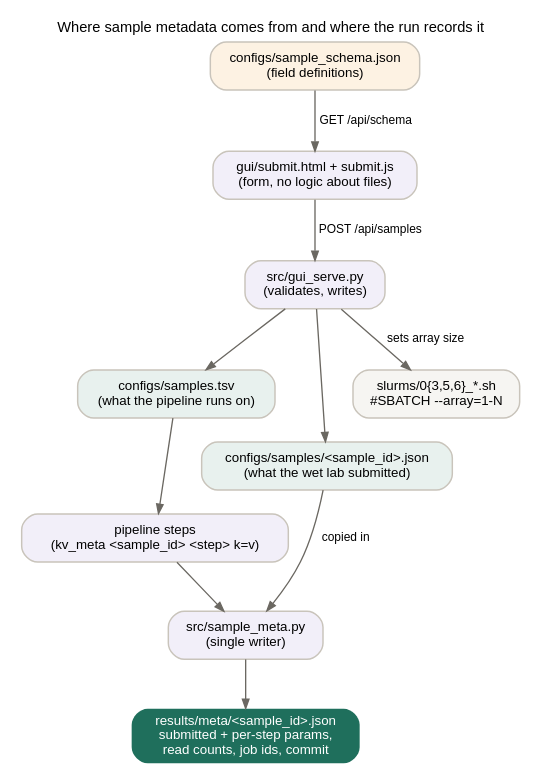
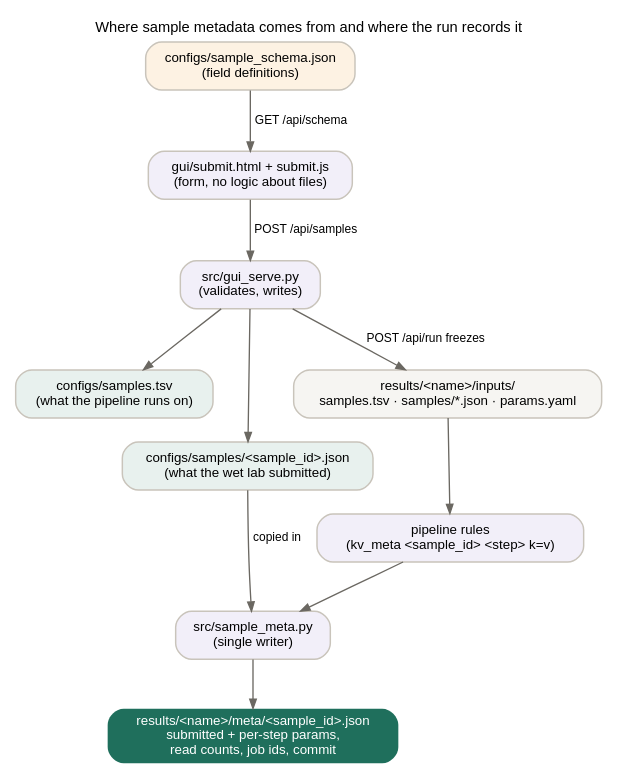
The diagram in docs/diagrams/04_metadata.dot (ssenci97/ONT-CRISPR-knock-in), drawn with Graphviz before and after one commit. The commit also changed 52 other files, not shown here.

```diff
--- a/docs/diagrams/04_metadata.dot
+++ b/docs/diagrams/04_metadata.dot
@@ -1,25 +1,25 @@
 digraph metadata {
   graph [rankdir=TB, bgcolor="white", fontname="Helvetica", fontsize=11, labelloc=t,
          label="Where sample metadata comes from and where the run records it"];
   node [fontname="Helvetica", fontsize=10, shape=box, style="rounded,filled", color="#c9c4bb", penwidth=1.1];
   edge [color="#6b6862", arrowsize=0.7];
 
   schema [label="configs/sample_schema.json\n(field definitions)", fillcolor="#fdf2e3"];
   form   [label="gui/submit.html + submit.js\n(form, no logic about files)", fillcolor="#f2eff9"];
   serve  [label="src/gui_serve.py\n(validates, writes)", fillcolor="#f2eff9"];
   sheet  [label="configs/samples.tsv\n(what the pipeline runs on)", fillcolor="#e8f1ee"];
   sjson  [label="configs/samples/<sample_id>.json\n(what the wet lab submitted)", fillcolor="#e8f1ee"];
 
   schema -> form [label="GET /api/schema", fontsize=9, fontname="Helvetica"];
   form -> serve [label="POST /api/samples", fontsize=9, fontname="Helvetica"];
   serve -> sheet; serve -> sjson;
-  serve -> arrays [label="sets array size", fontsize=9, fontname="Helvetica"];
-  arrays [label="slurms/0{3,5,6}_*.sh\n#SBATCH --array=1-N", fillcolor="#f6f5f2"];
+  serve -> frozen [label="POST /api/run freezes", fontsize=9, fontname="Helvetica"];
+  frozen [label="results/<name>/inputs/\nsamples.tsv · samples/*.json · params.yaml", fillcolor="#f6f5f2"];
 
-  steps [label="pipeline steps\n(kv_meta <sample_id> <step> k=v)", fillcolor="#f2eff9"];
+  steps [label="pipeline rules\n(kv_meta <sample_id> <step> k=v)", fillcolor="#f2eff9"];
   writer [label="src/sample_meta.py\n(single writer)", fillcolor="#f2eff9"];
-  rjson [label="results/meta/<sample_id>.json\nsubmitted + per-step params,\nread counts, job ids, commit", fillcolor="#1f6f5c", fontcolor="white", penwidth=0];
+  rjson [label="results/<name>/meta/<sample_id>.json\nsubmitted + per-step params,\nread counts, job ids, commit", fillcolor="#1f6f5c", fontcolor="white", penwidth=0];
 
-  sheet -> steps; sjson -> writer [label="copied in", fontsize=9, fontname="Helvetica"];
+  frozen -> steps; sjson -> writer [label="copied in", fontsize=9, fontname="Helvetica"];
   steps -> writer -> rjson;
 }
```
